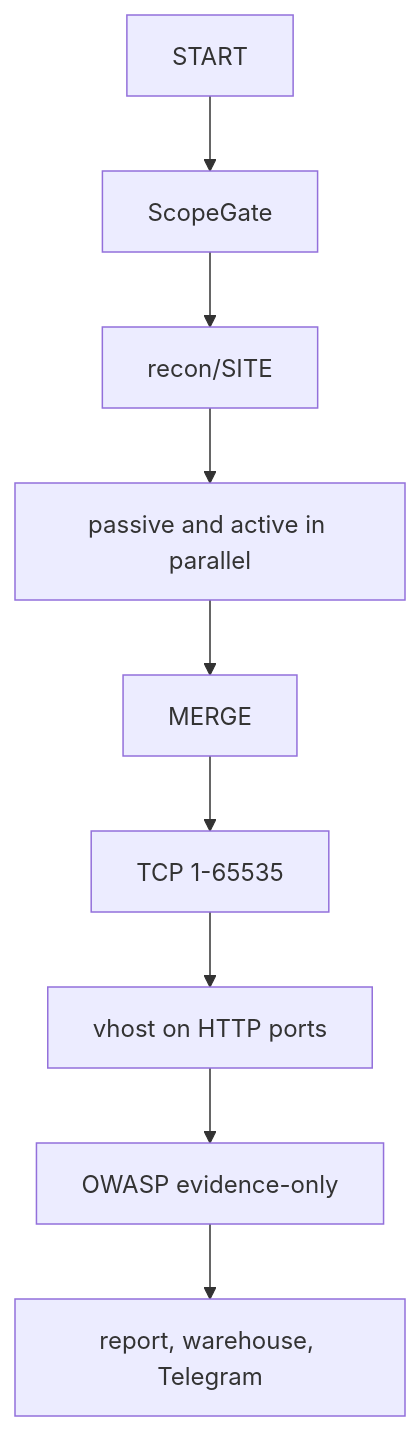
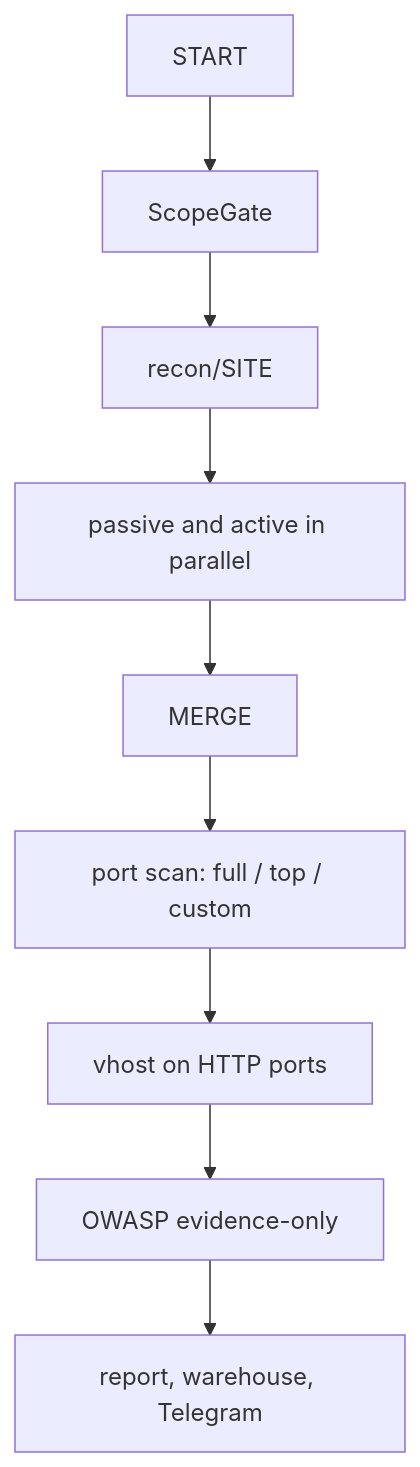
The diagram in README.md (Erfanmghs/moirax-asm), drawn with Mermaid before and after one commit. The commit also changed other lines of this file and 19 other files, not shown here.

First line of the commit message:
Make port scan selectable like nmap -p and default service detection on.

````diff
--- a/README.md
+++ b/README.md
@@ -123,11 +127,11 @@
 ```mermaid
 flowchart TD
   start[START] --> scope[ScopeGate]
   scope --> layout["recon/SITE"]
   layout --> par[passive and active in parallel]
   par --> merge[MERGE]
-  merge --> sweep[TCP 1-65535]
+  merge --> sweep[port scan: full / top / custom]
   sweep --> vhost[vhost on HTTP ports]
   vhost --> owasp[OWASP evidence-only]
   owasp --> out[report, warehouse, Telegram]
 ```
````
